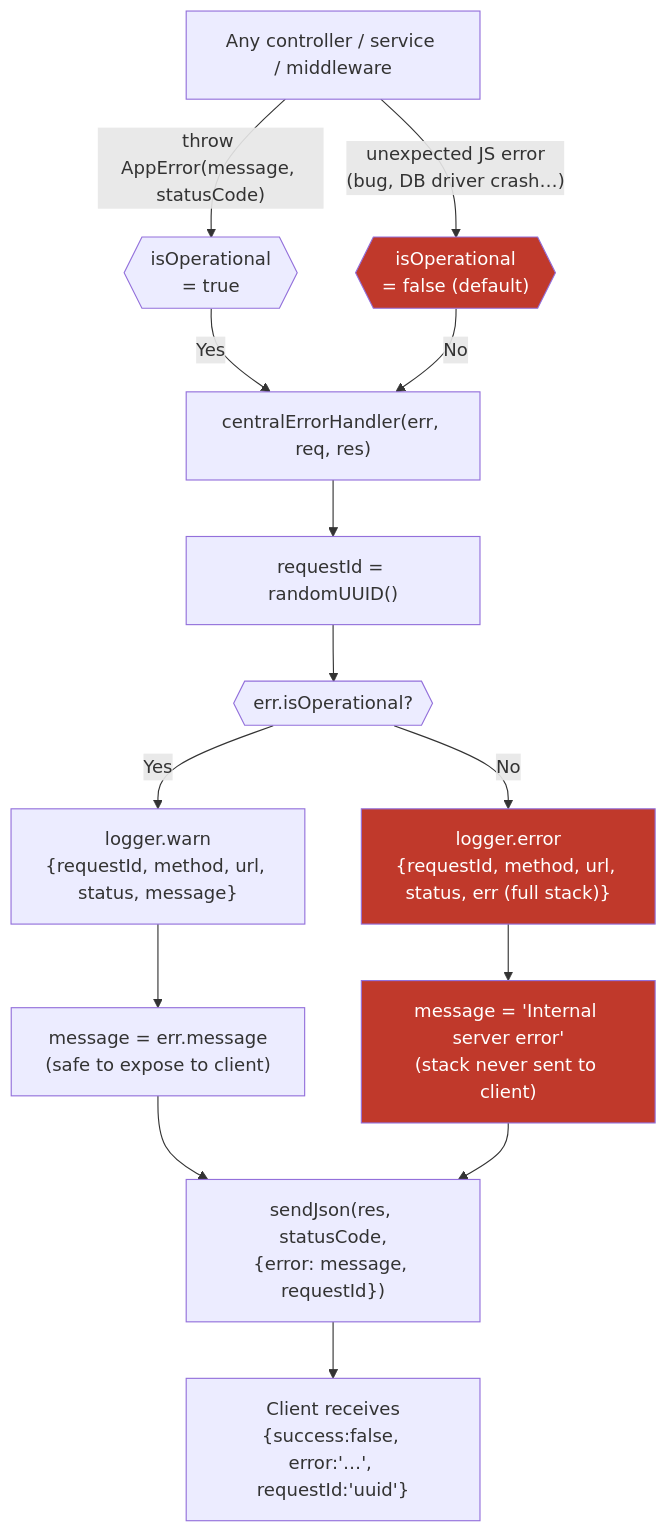
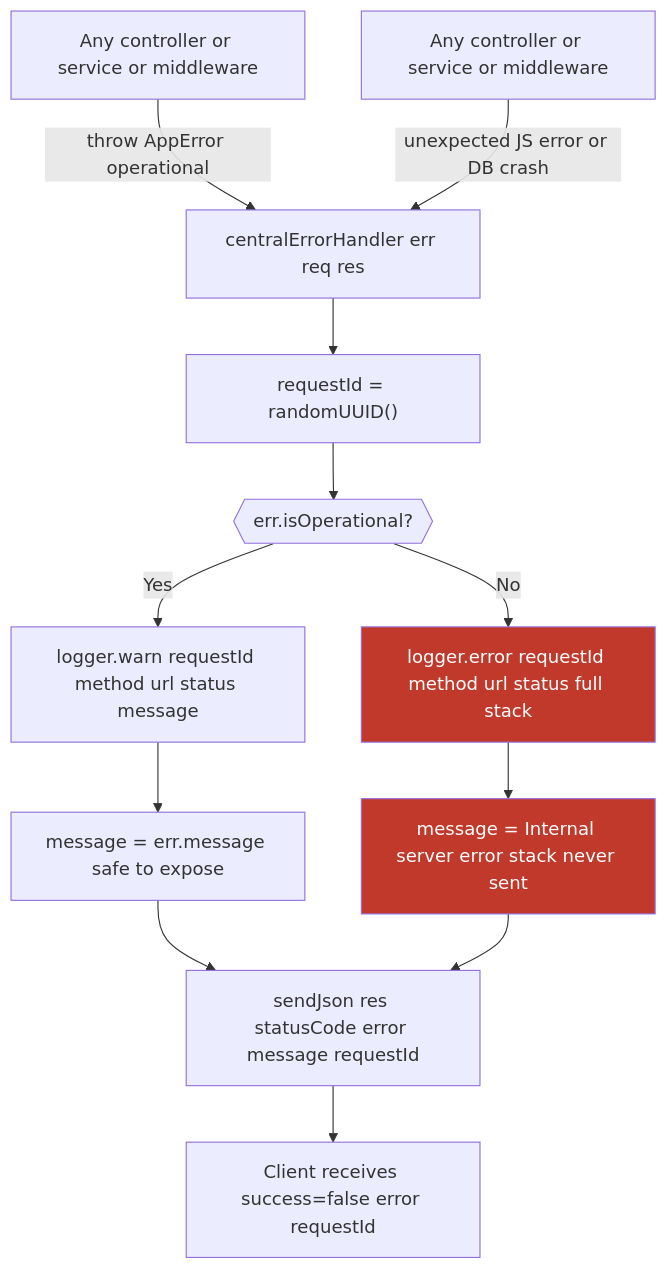
One commit to guptaankit0010/securefd changed the eighth of 10 diagrams in README.md. Above: the diagram before and after it, drawn with Mermaid. The commit also changed other lines of this file, not shown here.

````diff
--- a/README.md
+++ b/README.md
@@ -657,26 +657,23 @@
 ```mermaid
 flowchart TD
-    Code["Any controller / service / middleware"] -->|"throw AppError(message, statusCode)"| IsOp{{"isOperational\n= true"}}
-    Code -->|"unexpected JS error\n(bug, DB driver crash…)"| IsOp2{{"isOperational\n= false (default)"}}
+    Code["Any controller or service or middleware"] -->|"throw AppError operational"| CEH
+    Code2["Any controller or service or middleware"] -->|"unexpected JS error or DB crash"| CEH
 
-    IsOp -- Yes --> CEH["centralErrorHandler(err, req, res)"]
-    IsOp2 -- No --> CEH
-
+    CEH["centralErrorHandler err req res"]
     CEH --> GenId["requestId = randomUUID()"]
     GenId --> Check{{"err.isOperational?"}}
 
-    Check -- Yes --> WarnLog["logger.warn\n{requestId, method, url, status, message}"]
-    Check -- No  --> ErrLog["logger.error\n{requestId, method, url, status, err (full stack)}"]
+    Check -- Yes --> WarnLog["logger.warn requestId method url status message"]
+    Check -- No  --> ErrLog["logger.error requestId method url status full stack"]
 
-    WarnLog --> SafeMsg["message = err.message\n(safe to expose to client)"]
-    ErrLog  --> GenMsg["message = 'Internal server error'\n(stack never sent to client)"]
+    WarnLog --> SafeMsg["message = err.message safe to expose"]
+    ErrLog  --> GenMsg["message = Internal server error stack never sent"]
 
-    SafeMsg --> Send["sendJson(res, statusCode,\n{error: message, requestId})"]
+    SafeMsg --> Send["sendJson res statusCode error message requestId"]
     GenMsg  --> Send
 
-    Send --> Client["Client receives\n{success:false, error:'…', requestId:'uuid'}"]
+    Send --> Client["Client receives success=false error requestId"]
 
-    style IsOp2 fill:#c0392b,color:#fff
     style ErrLog fill:#c0392b,color:#fff
     style GenMsg fill:#c0392b,color:#fff
 ```
````
